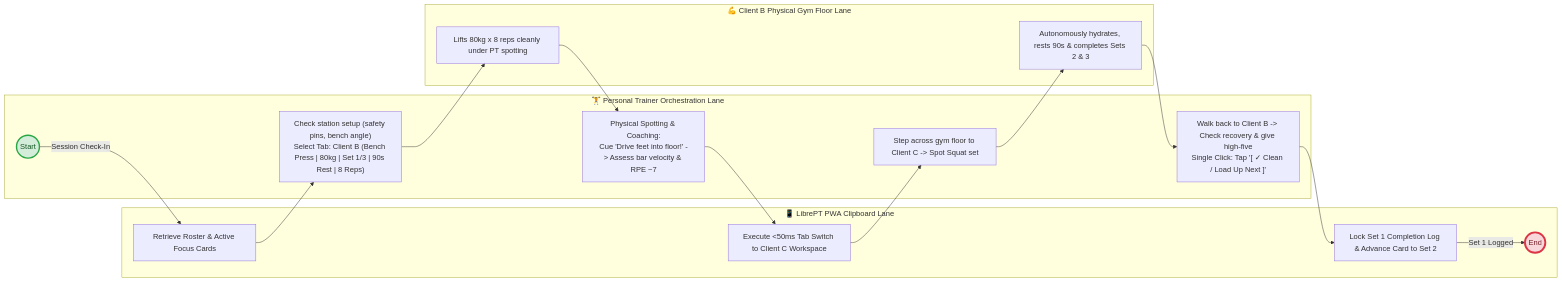
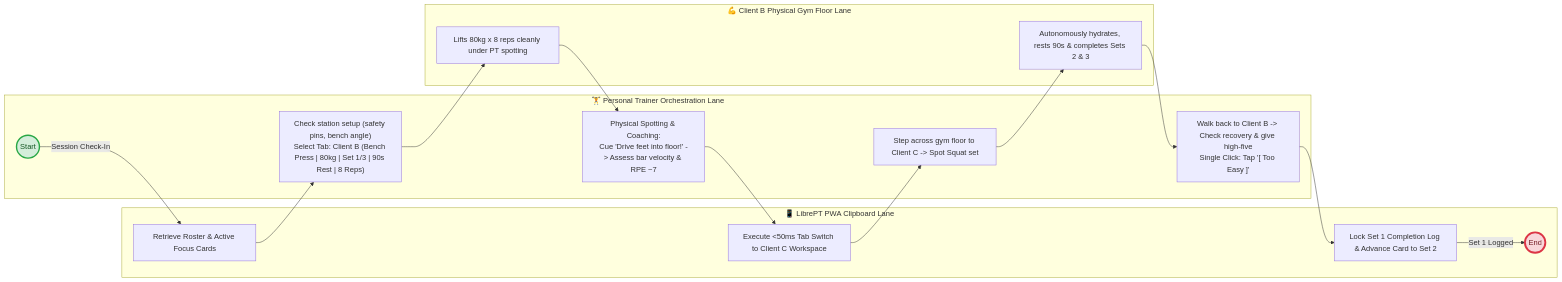
One commit to stutek/LibrePT changed the first of 4 diagrams in use_cases/uc1_gym_floor_clipboard.md. Above: the diagram before and after it, drawn with Mermaid. The commit also changed other lines of this file and 11 other files, not shown here.

````diff
--- a/use_cases/uc1_gym_floor_clipboard.md
+++ b/use_cases/uc1_gym_floor_clipboard.md
@@ -25,36 +25,36 @@
 ```mermaid
 graph LR
     subgraph PWALane ["📱 LibrePT PWA Clipboard Lane"]
         PWA1["Retrieve Roster & Active Focus Cards"]
         PWA2["Execute <50ms Tab Switch to Client C Workspace"]
         PWA3["Lock Set 1 Completion Log & Advance Card to Set 2"]
         End1(("End"))
     end
 
     subgraph TrainerLane ["🏋️ Personal Trainer Orchestration Lane"]
         Start1(("Start"))
         T1["Check station setup (safety pins, bench angle)<br/>Select Tab: Client B (Bench Press | 80kg | Set 1/3 | 90s Rest | 8 Reps)"]
         T2["Physical Spotting & Coaching:<br/>Cue 'Drive feet into floor!' -> Assess bar velocity & RPE ~7"]
         T3["Step across gym floor to Client C -> Spot Squat set"]
-        T4["Walk back to Client B -> Check recovery & give high-five<br/>Single Click: Tap '[ ✓ Clean / Load Up Next ]'"]
+        T4["Walk back to Client B -> Check recovery & give high-five<br/>Single Click: Tap '[ Too Easy ]'"]
     end
 
     subgraph ClientLane ["💪 Client B Physical Gym Floor Lane"]
         CB1["Lifts 80kg x 8 reps cleanly under PT spotting"]
         CB2["Autonomously hydrates, rests 90s & completes Sets 2 & 3"]
     end
 
     Start1 -- "Session Check-In" --> PWA1
     PWA1 --> T1
     T1 --> CB1
     CB1 --> T2
     T2 --> PWA2
     PWA2 --> T3
     T3 --> CB2
     CB2 --> T4
     T4 --> PWA3
     PWA3 -- "Set 1 Logged" --> End1
 
     style Start1 fill:#d4edda,stroke:#28a745,stroke-width:3px,color:#155724
     style End1 fill:#f8d7da,stroke:#dc3545,stroke-width:4px,color:#721c24
 ```
````
